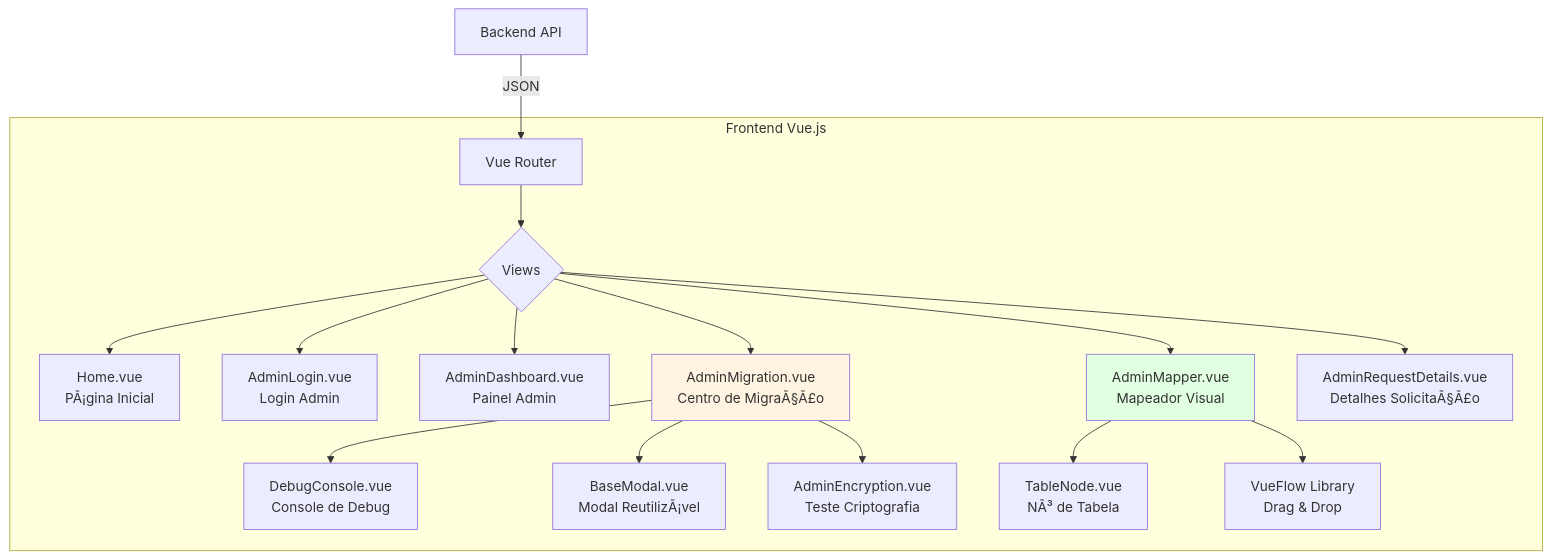
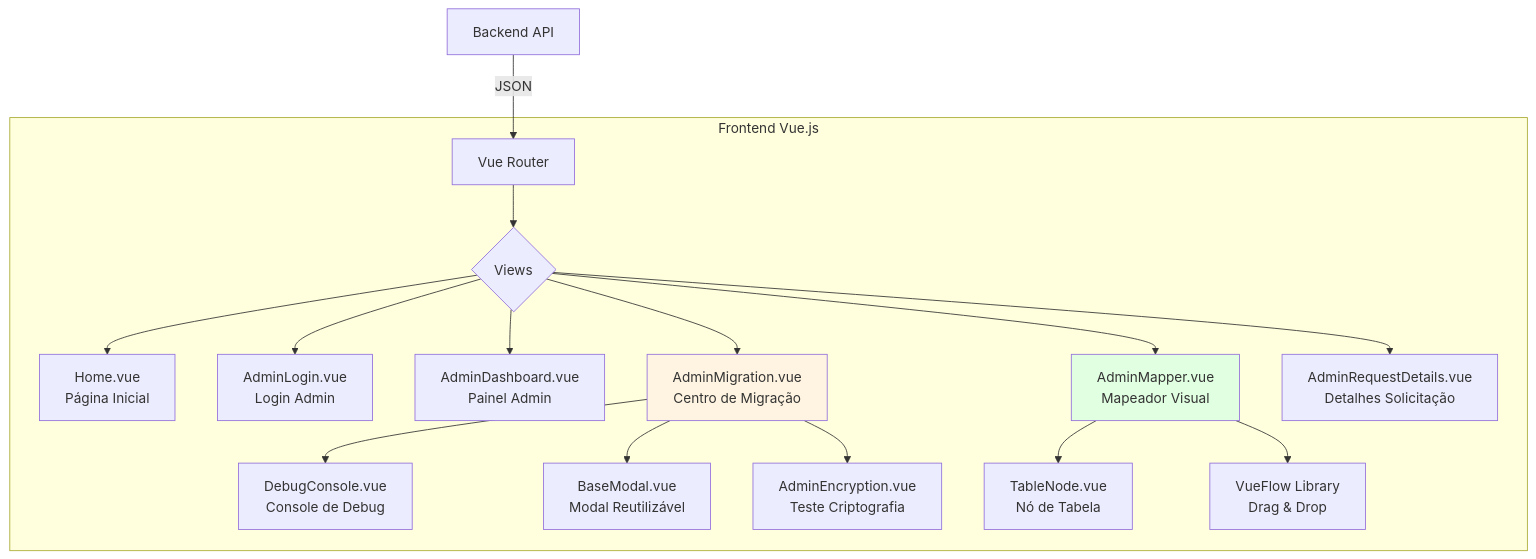
One commit to vhpontes/portal-inclusao-showcase changed the fourth of 5 diagrams in docs/architecture/overview.md. Above: the diagram before and after it, drawn with Mermaid. The commit also changed other lines of this file and 17 other files, not shown here.

````diff
--- a/docs/architecture/overview.md
+++ b/docs/architecture/overview.md
@@ -88,25 +88,25 @@
 ```mermaid
 graph TB
     subgraph "Frontend Vue.js"
         Router[Vue Router] --> Views{Views}
         
-        Views --> Home[Home.vue<br/>PÃ¡gina Inicial]
+        Views --> Home[Home.vue<br/>Página Inicial]
         Views --> Login[AdminLogin.vue<br/>Login Admin]
         Views --> Dashboard[AdminDashboard.vue<br/>Painel Admin]
-        Views --> Migration[AdminMigration.vue<br/>Centro de MigraÃ§Ã£o]
+        Views --> Migration[AdminMigration.vue<br/>Centro de Migração]
         Views --> Mapper[AdminMapper.vue<br/>Mapeador Visual]
-        Views --> ReqDetails[AdminRequestDetails.vue<br/>Detalhes SolicitaÃ§Ã£o]
+        Views --> ReqDetails[AdminRequestDetails.vue<br/>Detalhes Solicitação]
         
         Migration --> DebugConsole[DebugConsole.vue<br/>Console de Debug]
-        Migration --> BaseModal[BaseModal.vue<br/>Modal ReutilizÃ¡vel]
+        Migration --> BaseModal[BaseModal.vue<br/>Modal Reutilizável]
         Migration --> Encryption[AdminEncryption.vue<br/>Teste Criptografia]
         
-        Mapper --> TableNode[TableNode.vue<br/>NÃ³ de Tabela]
+        Mapper --> TableNode[TableNode.vue<br/>Nó de Tabela]
         Mapper --> VueFlow[VueFlow Library<br/>Drag & Drop]
     end
     
     API[Backend API] -->|JSON| Router
     
     style Migration fill:#fff4e1
     style Mapper fill:#e1ffe1
 ```
````
